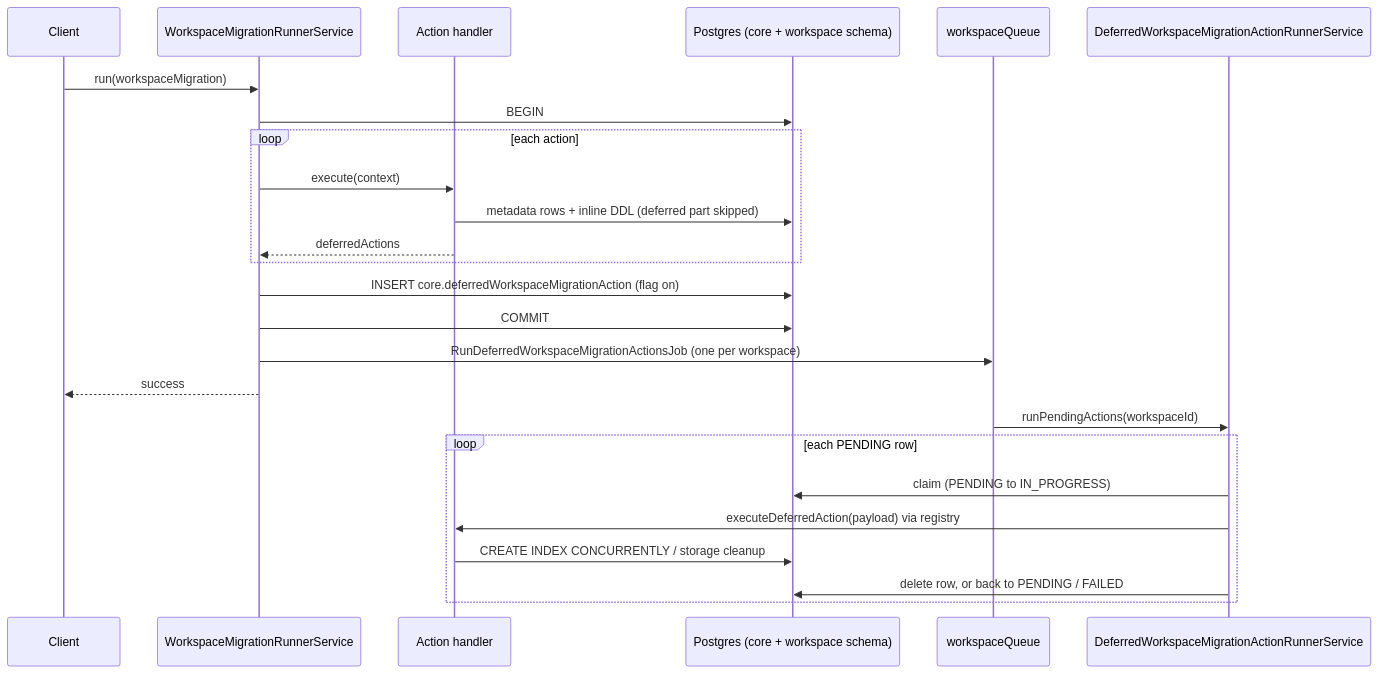
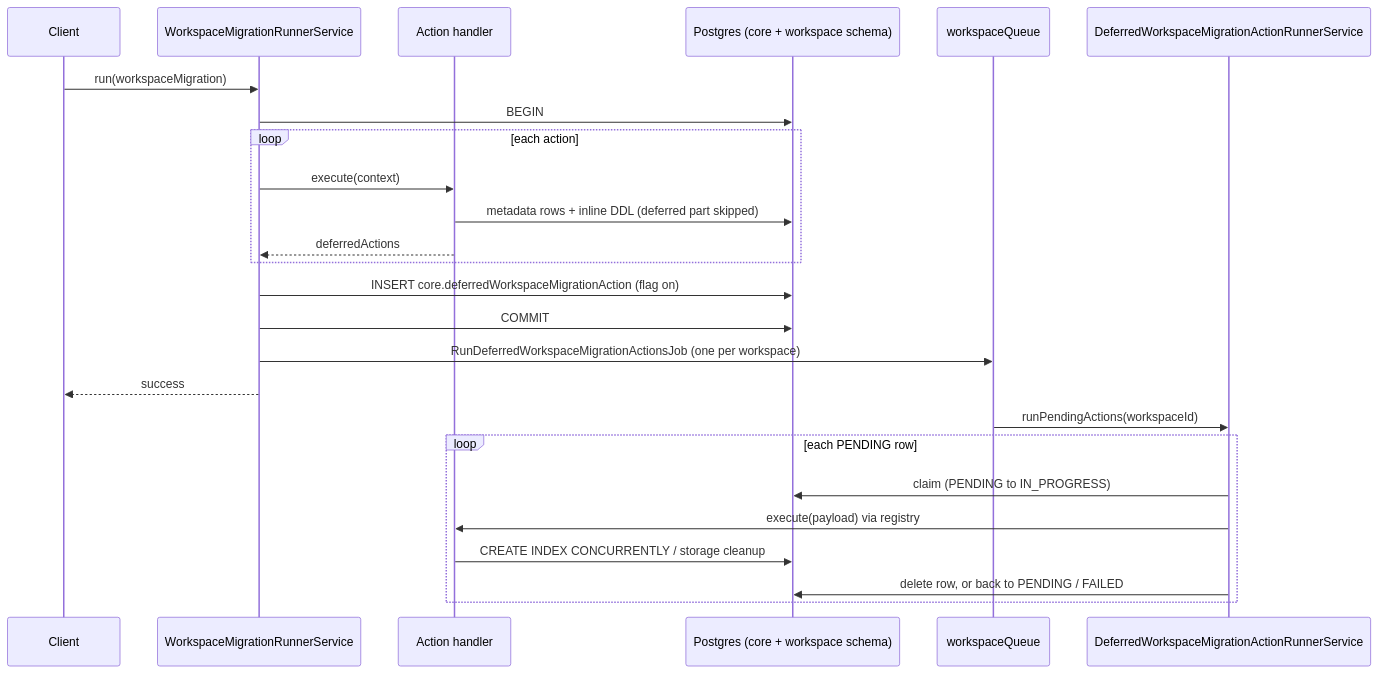
One commit to twentyhq/twenty changed the diagram in packages/twenty-server/docs/DEFERRED_WORKSPACE_MIGRATION_ACTIONS.md. Above: the diagram before and after it, drawn with Mermaid. The commit also changed other lines of this file, not shown here.

Commit message:
docs(server): describe the dedicated deferred action handlers

````diff
--- a/packages/twenty-server/docs/DEFERRED_WORKSPACE_MIGRATION_ACTIONS.md
+++ b/packages/twenty-server/docs/DEFERRED_WORKSPACE_MIGRATION_ACTIONS.md
@@ -69,28 +72,28 @@
 ```mermaid
 sequenceDiagram
     participant Client
     participant Runner as WorkspaceMigrationRunnerService
     participant Handler as Action handler
     participant DB as Postgres (core + workspace schema)
     participant Queue as workspaceQueue
     participant Worker as DeferredWorkspaceMigrationActionRunnerService
 
     Client->>Runner: run(workspaceMigration)
     Runner->>DB: BEGIN
     loop each action
         Runner->>Handler: execute(context)
         Handler->>DB: metadata rows + inline DDL (deferred part skipped)
         Handler-->>Runner: deferredActions
     end
     Runner->>DB: INSERT core.deferredWorkspaceMigrationAction (flag on)
     Runner->>DB: COMMIT
     Runner->>Queue: RunDeferredWorkspaceMigrationActionsJob (one per workspace)
     Runner-->>Client: success
     Queue->>Worker: runPendingActions(workspaceId)
     loop each PENDING row
         Worker->>DB: claim (PENDING to IN_PROGRESS)
-        Worker->>Handler: executeDeferredAction(payload) via registry
+        Worker->>Handler: execute(payload) via registry
         Handler->>DB: CREATE INDEX CONCURRENTLY / storage cleanup
         Worker->>DB: delete row, or back to PENDING / FAILED
     end
 ```
````
